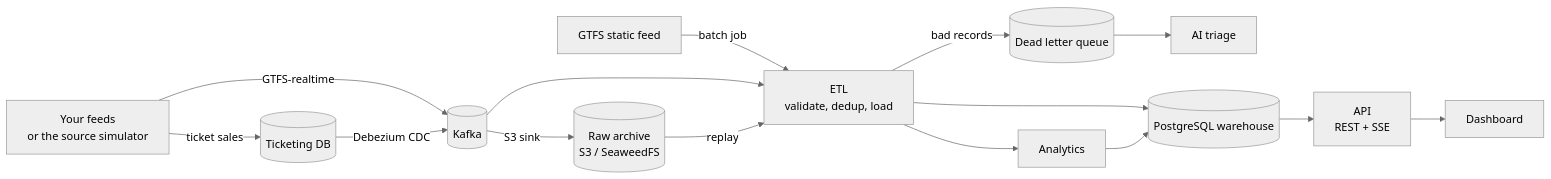
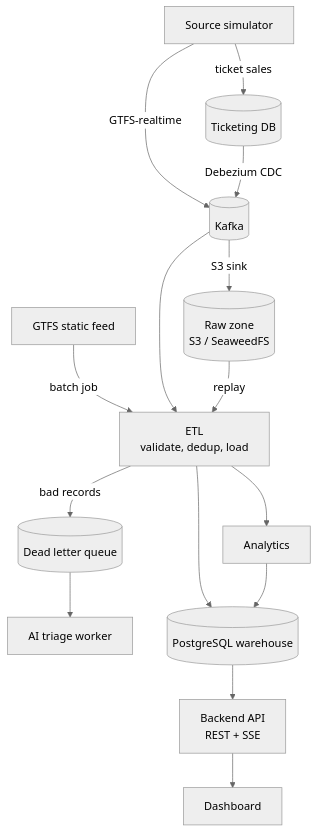
One commit to ninggiangboy/public-transport-intelligence changed the diagram in README.md. Above: the diagram before and after it, drawn with Mermaid (neutral theme). The commit also changed other lines of this file, not shown here.

First line of the commit message:
docs(readme): restore the architecture diagram and the technical sections

````diff
--- a/README.md
+++ b/README.md
@@ -151,17 +172,17 @@
 ```mermaid
-flowchart LR
-    SIM[Your feeds<br/>or the source simulator] -->|GTFS-realtime| K[(Kafka)]
+flowchart TD
+    SIM[Source simulator] -->|GTFS-realtime| K[(Kafka)]
     SIM -->|ticket sales| TDB[(Ticketing DB)]
     TDB -->|Debezium CDC| K
     GTFS[GTFS static feed] -->|batch job| ETL
-    K -->|S3 sink| RAW[(Raw archive<br/>S3 / SeaweedFS)]
+    K -->|S3 sink| RAW[(Raw zone<br/>S3 / SeaweedFS)]
     K --> ETL[ETL<br/>validate, dedup, load]
     RAW -->|replay| ETL
     ETL -->|bad records| DLQ[(Dead letter queue)]
-    DLQ --> TRIAGE[AI triage]
+    DLQ --> TRIAGE[AI triage worker]
     ETL --> WH[(PostgreSQL warehouse)]
     ETL --> AN[Analytics]
     AN --> WH
-    WH --> API[API<br/>REST + SSE]
+    WH --> API[Backend API<br/>REST + SSE]
     API --> UI[Dashboard]
 ```
````
